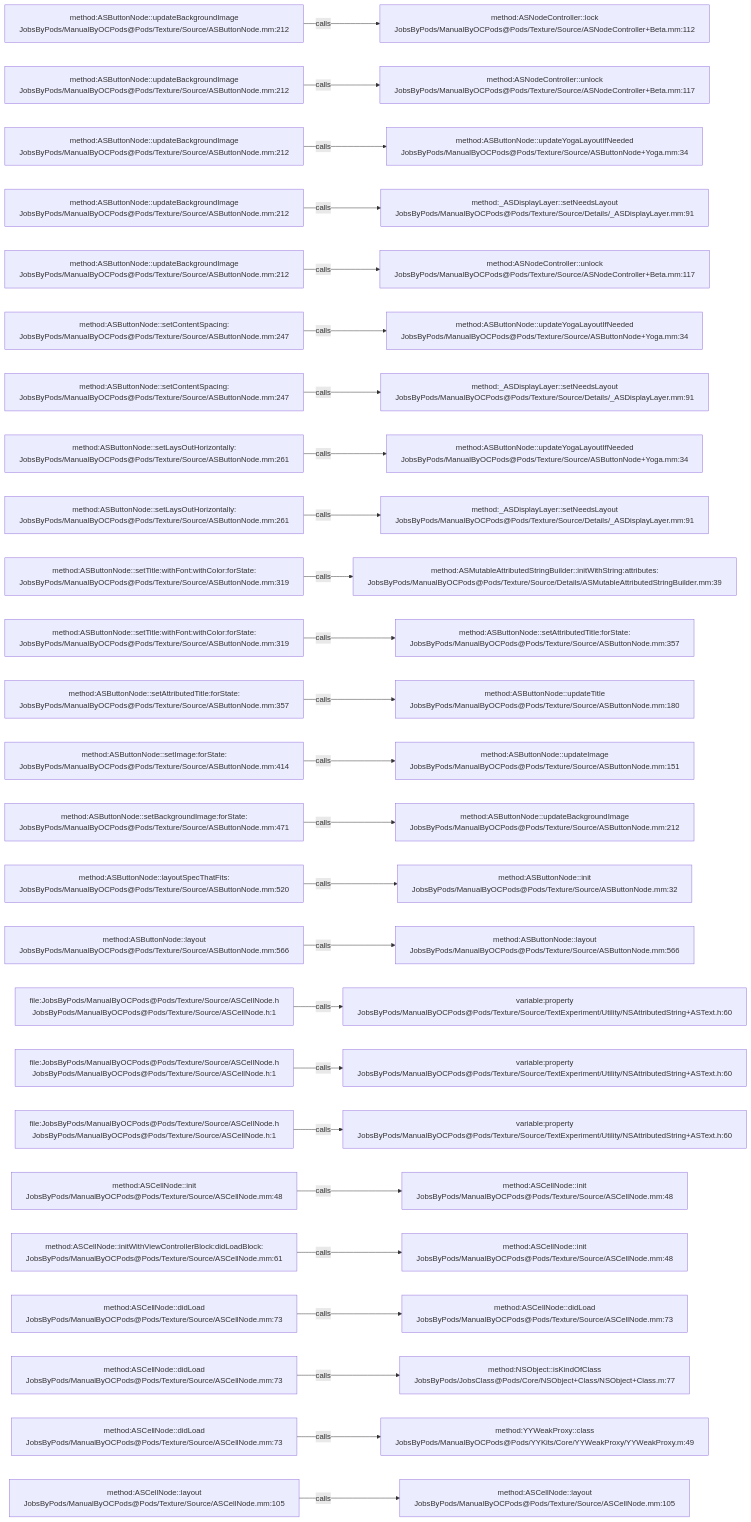
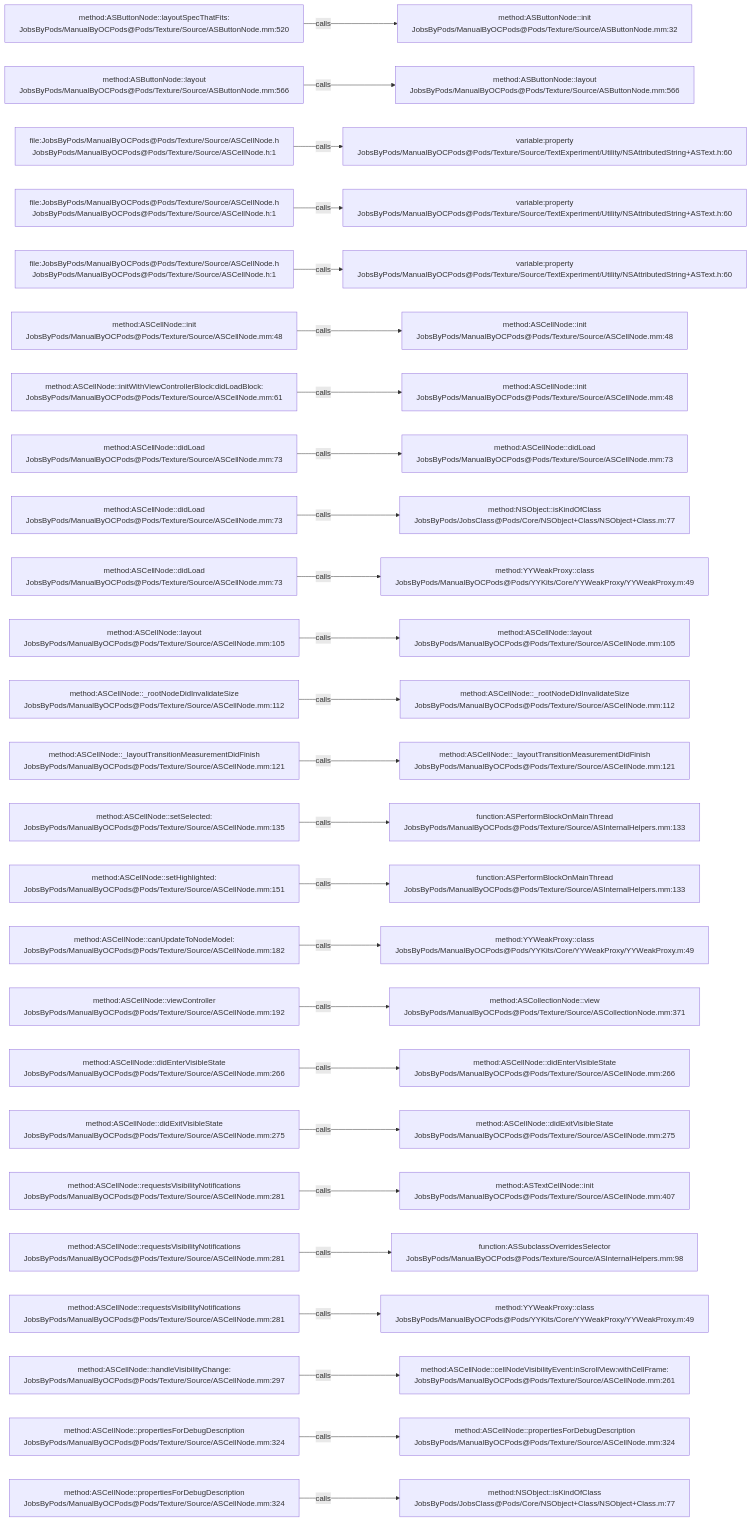
Before and after one commit to JobsKits/JobsOCBaseConfigDemo: the diagram in .codegraph/codegraph.md/graphs/calls-074.md, drawn with Mermaid. The commit also changed 296 other files, not shown here.

````diff
--- a/.codegraph/codegraph.md/graphs/calls-074.md
+++ b/.codegraph/codegraph.md/graphs/calls-074.md
@@ -13,78 +13,78 @@
 ```mermaid
 flowchart LR
-  S1["method:ASButtonNode::updateBackgroundImage<br/>JobsByPods/ManualByOCPods@Pods/Texture/Source/ASButtonNode.mm:212"]
-  T1["method:ASNodeController::lock<br/>JobsByPods/ManualByOCPods@Pods/Texture/Source/ASNodeController+Beta.mm:112"]
+  S1["method:ASButtonNode::layoutSpecThatFits:<br/>JobsByPods/ManualByOCPods@Pods/Texture/Source/ASButtonNode.mm:520"]
+  T1["method:ASButtonNode::init<br/>JobsByPods/ManualByOCPods@Pods/Texture/Source/ASButtonNode.mm:32"]
   S1 -->|calls| T1
-  S2["method:ASButtonNode::updateBackgroundImage<br/>JobsByPods/ManualByOCPods@Pods/Texture/Source/ASButtonNode.mm:212"]
-  T2["method:ASNodeController::unlock<br/>JobsByPods/ManualByOCPods@Pods/Texture/Source/ASNodeController+Beta.mm:117"]
+  S2["method:ASButtonNode::layout<br/>JobsByPods/ManualByOCPods@Pods/Texture/Source/ASButtonNode.mm:566"]
+  T2["method:ASButtonNode::layout<br/>JobsByPods/ManualByOCPods@Pods/Texture/Source/ASButtonNode.mm:566"]
   S2 -->|calls| T2
-  S3["method:ASButtonNode::updateBackgroundImage<br/>JobsByPods/ManualByOCPods@Pods/Texture/Source/ASButtonNode.mm:212"]
-  T3["method:ASButtonNode::updateYogaLayoutIfNeeded<br/>JobsByPods/ManualByOCPods@Pods/Texture/Source/ASButtonNode+Yoga.mm:34"]
+  S3["file:JobsByPods/ManualByOCPods@Pods/Texture/Source/ASCellNode.h<br/>JobsByPods/ManualByOCPods@Pods/Texture/Source/ASCellNode.h:1"]
+  T3["variable:property<br/>JobsByPods/ManualByOCPods@Pods/Texture/Source/TextExperiment/Utility/NSAttributedString+ASText.h:60"]
   S3 -->|calls| T3
-  S4["method:ASButtonNode::updateBackgroundImage<br/>JobsByPods/ManualByOCPods@Pods/Texture/Source/ASButtonNode.mm:212"]
-  T4["method:_ASDisplayLayer::setNeedsLayout<br/>JobsByPods/ManualByOCPods@Pods/Texture/Source/Details/_ASDisplayLayer.mm:91"]
+  S4["file:JobsByPods/ManualByOCPods@Pods/Texture/Source/ASCellNode.h<br/>JobsByPods/ManualByOCPods@Pods/Texture/Source/ASCellNode.h:1"]
+  T4["variable:property<br/>JobsByPods/ManualByOCPods@Pods/Texture/Source/TextExperiment/Utility/NSAttributedString+ASText.h:60"]
   S4 -->|calls| T4
-  S5["method:ASButtonNode::updateBackgroundImage<br/>JobsByPods/ManualByOCPods@Pods/Texture/Source/ASButtonNode.mm:212"]
-  T5["method:ASNodeController::unlock<br/>JobsByPods/ManualByOCPods@Pods/Texture/Source/ASNodeController+Beta.mm:117"]
+  S5["file:JobsByPods/ManualByOCPods@Pods/Texture/Source/ASCellNode.h<br/>JobsByPods/ManualByOCPods@Pods/Texture/Source/ASCellNode.h:1"]
+  T5["variable:property<br/>JobsByPods/ManualByOCPods@Pods/Texture/Source/TextExperiment/Utility/NSAttributedString+ASText.h:60"]
   S5 -->|calls| T5
-  S6["method:ASButtonNode::setContentSpacing:<br/>JobsByPods/ManualByOCPods@Pods/Texture/Source/ASButtonNode.mm:247"]
-  T6["method:ASButtonNode::updateYogaLayoutIfNeeded<br/>JobsByPods/ManualByOCPods@Pods/Texture/Source/ASButtonNode+Yoga.mm:34"]
+  S6["method:ASCellNode::init<br/>JobsByPods/ManualByOCPods@Pods/Texture/Source/ASCellNode.mm:48"]
+  T6["method:ASCellNode::init<br/>JobsByPods/ManualByOCPods@Pods/Texture/Source/ASCellNode.mm:48"]
   S6 -->|calls| T6
-  S7["method:ASButtonNode::setContentSpacing:<br/>JobsByPods/ManualByOCPods@Pods/Texture/Source/ASButtonNode.mm:247"]
-  T7["method:_ASDisplayLayer::setNeedsLayout<br/>JobsByPods/ManualByOCPods@Pods/Texture/Source/Details/_ASDisplayLayer.mm:91"]
+  S7["method:ASCellNode::initWithViewControllerBlock:didLoadBlock:<br/>JobsByPods/ManualByOCPods@Pods/Texture/Source/ASCellNode.mm:61"]
+  T7["method:ASCellNode::init<br/>JobsByPods/ManualByOCPods@Pods/Texture/Source/ASCellNode.mm:48"]
   S7 -->|calls| T7
-  S8["method:ASButtonNode::setLaysOutHorizontally:<br/>JobsByPods/ManualByOCPods@Pods/Texture/Source/ASButtonNode.mm:261"]
-  T8["method:ASButtonNode::updateYogaLayoutIfNeeded<br/>JobsByPods/ManualByOCPods@Pods/Texture/Source/ASButtonNode+Yoga.mm:34"]
+  S8["method:ASCellNode::didLoad<br/>JobsByPods/ManualByOCPods@Pods/Texture/Source/ASCellNode.mm:73"]
+  T8["method:ASCellNode::didLoad<br/>JobsByPods/ManualByOCPods@Pods/Texture/Source/ASCellNode.mm:73"]
   S8 -->|calls| T8
-  S9["method:ASButtonNode::setLaysOutHorizontally:<br/>JobsByPods/ManualByOCPods@Pods/Texture/Source/ASButtonNode.mm:261"]
-  T9["method:_ASDisplayLayer::setNeedsLayout<br/>JobsByPods/ManualByOCPods@Pods/Texture/Source/Details/_ASDisplayLayer.mm:91"]
+  S9["method:ASCellNode::didLoad<br/>JobsByPods/ManualByOCPods@Pods/Texture/Source/ASCellNode.mm:73"]
+  T9["method:NSObject::isKindOfClass<br/>JobsByPods/JobsClass@Pods/Core/NSObject+Class/NSObject+Class.m:77"]
   S9 -->|calls| T9
-  S10["method:ASButtonNode::setTitle:withFont:withColor:forState:<br/>JobsByPods/ManualByOCPods@Pods/Texture/Source/ASButtonNode.mm:319"]
-  T10["method:ASMutableAttributedStringBuilder::initWithString:attributes:<br/>JobsByPods/ManualByOCPods@Pods/Texture/Source/Details/ASMutableAttributedStringBuilder.mm:39"]
+  S10["method:ASCellNode::didLoad<br/>JobsByPods/ManualByOCPods@Pods/Texture/Source/ASCellNode.mm:73"]
+  T10["method:YYWeakProxy::class<br/>JobsByPods/ManualByOCPods@Pods/YYKits/Core/YYWeakProxy/YYWeakProxy.m:49"]
   S10 -->|calls| T10
-  S11["method:ASButtonNode::setTitle:withFont:withColor:forState:<br/>JobsByPods/ManualByOCPods@Pods/Texture/Source/ASButtonNode.mm:319"]
-  T11["method:ASButtonNode::setAttributedTitle:forState:<br/>JobsByPods/ManualByOCPods@Pods/Texture/Source/ASButtonNode.mm:357"]
+  S11["method:ASCellNode::layout<br/>JobsByPods/ManualByOCPods@Pods/Texture/Source/ASCellNode.mm:105"]
+  T11["method:ASCellNode::layout<br/>JobsByPods/ManualByOCPods@Pods/Texture/Source/ASCellNode.mm:105"]
   S11 -->|calls| T11
-  S12["method:ASButtonNode::setAttributedTitle:forState:<br/>JobsByPods/ManualByOCPods@Pods/Texture/Source/ASButtonNode.mm:357"]
-  T12["method:ASButtonNode::updateTitle<br/>JobsByPods/ManualByOCPods@Pods/Texture/Source/ASButtonNode.mm:180"]
+  S12["method:ASCellNode::_rootNodeDidInvalidateSize<br/>JobsByPods/ManualByOCPods@Pods/Texture/Source/ASCellNode.mm:112"]
+  T12["method:ASCellNode::_rootNodeDidInvalidateSize<br/>JobsByPods/ManualByOCPods@Pods/Texture/Source/ASCellNode.mm:112"]
   S12 -->|calls| T12
-  S13["method:ASButtonNode::setImage:forState:<br/>JobsByPods/ManualByOCPods@Pods/Texture/Source/ASButtonNode.mm:414"]
-  T13["method:ASButtonNode::updateImage<br/>JobsByPods/ManualByOCPods@Pods/Texture/Source/ASButtonNode.mm:151"]
+  S13["method:ASCellNode::_layoutTransitionMeasurementDidFinish<br/>JobsByPods/ManualByOCPods@Pods/Texture/Source/ASCellNode.mm:121"]
+  T13["method:ASCellNode::_layoutTransitionMeasurementDidFinish<br/>JobsByPods/ManualByOCPods@Pods/Texture/Source/ASCellNode.mm:121"]
   S13 -->|calls| T13
-  S14["method:ASButtonNode::setBackgroundImage:forState:<br/>JobsByPods/ManualByOCPods@Pods/Texture/Source/ASButtonNode.mm:471"]
-  T14["method:ASButtonNode::updateBackgroundImage<br/>JobsByPods/ManualByOCPods@Pods/Texture/Source/ASButtonNode.mm:212"]
+  S14["method:ASCellNode::setSelected:<br/>JobsByPods/ManualByOCPods@Pods/Texture/Source/ASCellNode.mm:135"]
+  T14["function:ASPerformBlockOnMainThread<br/>JobsByPods/ManualByOCPods@Pods/Texture/Source/ASInternalHelpers.mm:133"]
   S14 -->|calls| T14
-  S15["method:ASButtonNode::layoutSpecThatFits:<br/>JobsByPods/ManualByOCPods@Pods/Texture/Source/ASButtonNode.mm:520"]
-  T15["method:ASButtonNode::init<br/>JobsByPods/ManualByOCPods@Pods/Texture/Source/ASButtonNode.mm:32"]
+  S15["method:ASCellNode::setHighlighted:<br/>JobsByPods/ManualByOCPods@Pods/Texture/Source/ASCellNode.mm:151"]
+  T15["function:ASPerformBlockOnMainThread<br/>JobsByPods/ManualByOCPods@Pods/Texture/Source/ASInternalHelpers.mm:133"]
   S15 -->|calls| T15
-  S16["method:ASButtonNode::layout<br/>JobsByPods/ManualByOCPods@Pods/Texture/Source/ASButtonNode.mm:566"]
-  T16["method:ASButtonNode::layout<br/>JobsByPods/ManualByOCPods@Pods/Texture/Source/ASButtonNode.mm:566"]
+  S16["method:ASCellNode::canUpdateToNodeModel:<br/>JobsByPods/ManualByOCPods@Pods/Texture/Source/ASCellNode.mm:182"]
+  T16["method:YYWeakProxy::class<br/>JobsByPods/ManualByOCPods@Pods/YYKits/Core/YYWeakProxy/YYWeakProxy.m:49"]
   S16 -->|calls| T16
-  S17["file:JobsByPods/ManualByOCPods@Pods/Texture/Source/ASCellNode.h<br/>JobsByPods/ManualByOCPods@Pods/Texture/Source/ASCellNode.h:1"]
-  T17["variable:property<br/>JobsByPods/ManualByOCPods@Pods/Texture/Source/TextExperiment/Utility/NSAttributedString+ASText.h:60"]
+  S17["method:ASCellNode::viewController<br/>JobsByPods/ManualByOCPods@Pods/Texture/Source/ASCellNode.mm:192"]
+  T17["method:ASCollectionNode::view<br/>JobsByPods/ManualByOCPods@Pods/Texture/Source/ASCollectionNode.mm:371"]
   S17 -->|calls| T17
-  S18["file:JobsByPods/ManualByOCPods@Pods/Texture/Source/ASCellNode.h<br/>JobsByPods/ManualByOCPods@Pods/Texture/Source/ASCellNode.h:1"]
-  T18["variable:property<br/>JobsByPods/ManualByOCPods@Pods/Texture/Source/TextExperiment/Utility/NSAttributedString+ASText.h:60"]
+  S18["method:ASCellNode::didEnterVisibleState<br/>JobsByPods/ManualByOCPods@Pods/Texture/Source/ASCellNode.mm:266"]
+  T18["method:ASCellNode::didEnterVisibleState<br/>JobsByPods/ManualByOCPods@Pods/Texture/Source/ASCellNode.mm:266"]
   S18 -->|calls| T18
-  S19["file:JobsByPods/ManualByOCPods@Pods/Texture/Source/ASCellNode.h<br/>JobsByPods/ManualByOCPods@Pods/Texture/Source/ASCellNode.h:1"]
-  T19["variable:property<br/>JobsByPods/ManualByOCPods@Pods/Texture/Source/TextExperiment/Utility/NSAttributedString+ASText.h:60"]
+  S19["method:ASCellNode::didExitVisibleState<br/>JobsByPods/ManualByOCPods@Pods/Texture/Source/ASCellNode.mm:275"]
+  T19["method:ASCellNode::didExitVisibleState<br/>JobsByPods/ManualByOCPods@Pods/Texture/Source/ASCellNode.mm:275"]
   S19 -->|calls| T19
-  S20["method:ASCellNode::init<br/>JobsByPods/ManualByOCPods@Pods/Texture/Source/ASCellNode.mm:48"]
-  T20["method:ASCellNode::init<br/>JobsByPods/ManualByOCPods@Pods/Texture/Source/ASCellNode.mm:48"]
+  S20["method:ASCellNode::requestsVisibilityNotifications<br/>JobsByPods/ManualByOCPods@Pods/Texture/Source/ASCellNode.mm:281"]
+  T20["method:ASTextCellNode::init<br/>JobsByPods/ManualByOCPods@Pods/Texture/Source/ASCellNode.mm:407"]
   S20 -->|calls| T20
-  S21["method:ASCellNode::initWithViewControllerBlock:didLoadBlock:<br/>JobsByPods/ManualByOCPods@Pods/Texture/Source/ASCellNode.mm:61"]
-  T21["method:ASCellNode::init<br/>JobsByPods/ManualByOCPods@Pods/Texture/Source/ASCellNode.mm:48"]
+  S21["method:ASCellNode::requestsVisibilityNotifications<br/>JobsByPods/ManualByOCPods@Pods/Texture/Source/ASCellNode.mm:281"]
+  T21["function:ASSubclassOverridesSelector<br/>JobsByPods/ManualByOCPods@Pods/Texture/Source/ASInternalHelpers.mm:98"]
   S21 -->|calls| T21
-  S22["method:ASCellNode::didLoad<br/>JobsByPods/ManualByOCPods@Pods/Texture/Source/ASCellNode.mm:73"]
-  T22["method:ASCellNode::didLoad<br/>JobsByPods/ManualByOCPods@Pods/Texture/Source/ASCellNode.mm:73"]
+  S22["method:ASCellNode::requestsVisibilityNotifications<br/>JobsByPods/ManualByOCPods@Pods/Texture/Source/ASCellNode.mm:281"]
+  T22["method:YYWeakProxy::class<br/>JobsByPods/ManualByOCPods@Pods/YYKits/Core/YYWeakProxy/YYWeakProxy.m:49"]
   S22 -->|calls| T22
-  S23["method:ASCellNode::didLoad<br/>JobsByPods/ManualByOCPods@Pods/Texture/Source/ASCellNode.mm:73"]
-  T23["method:NSObject::isKindOfClass<br/>JobsByPods/JobsClass@Pods/Core/NSObject+Class/NSObject+Class.m:77"]
+  S23["method:ASCellNode::handleVisibilityChange:<br/>JobsByPods/ManualByOCPods@Pods/Texture/Source/ASCellNode.mm:297"]
+  T23["method:ASCellNode::cellNodeVisibilityEvent:inScrollView:withCellFrame:<br/>JobsByPods/ManualByOCPods@Pods/Texture/Source/ASCellNode.mm:261"]
   S23 -->|calls| T23
-  S24["method:ASCellNode::didLoad<br/>JobsByPods/ManualByOCPods@Pods/Texture/Source/ASCellNode.mm:73"]
-  T24["method:YYWeakProxy::class<br/>JobsByPods/ManualByOCPods@Pods/YYKits/Core/YYWeakProxy/YYWeakProxy.m:49"]
+  S24["method:ASCellNode::propertiesForDebugDescription<br/>JobsByPods/ManualByOCPods@Pods/Texture/Source/ASCellNode.mm:324"]
+  T24["method:ASCellNode::propertiesForDebugDescription<br/>JobsByPods/ManualByOCPods@Pods/Texture/Source/ASCellNode.mm:324"]
   S24 -->|calls| T24
-  S25["method:ASCellNode::layout<br/>JobsByPods/ManualByOCPods@Pods/Texture/Source/ASCellNode.mm:105"]
-  T25["method:ASCellNode::layout<br/>JobsByPods/ManualByOCPods@Pods/Texture/Source/ASCellNode.mm:105"]
+  S25["method:ASCellNode::propertiesForDebugDescription<br/>JobsByPods/ManualByOCPods@Pods/Texture/Source/ASCellNode.mm:324"]
+  T25["method:NSObject::isKindOfClass<br/>JobsByPods/JobsClass@Pods/Core/NSObject+Class/NSObject+Class.m:77"]
   S25 -->|calls| T25
 ```
````
